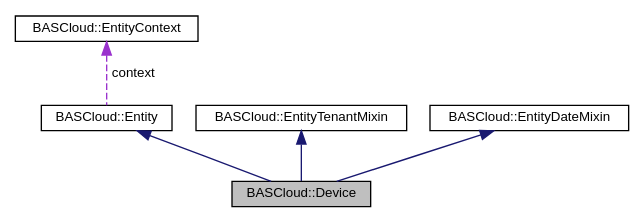
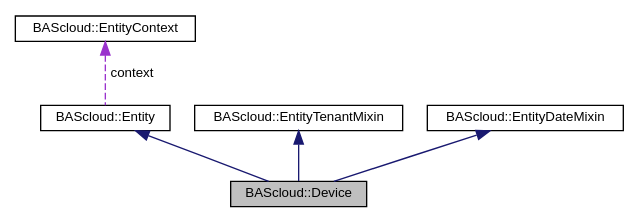
One commit to bascloud/BAScloudAPI changed the diagram in classBASCloud_1_1Device__coll__graph.dot. Above: the diagram before and after it, drawn with Graphviz. The commit also changed 193 other files, not shown here.

```diff
--- a/classBASCloud_1_1Device__coll__graph.dot
+++ b/classBASCloud_1_1Device__coll__graph.dot
@@ -1,15 +1,15 @@
-digraph "BASCloud::Device"
+digraph "BAScloud::Device"
 {
  // LATEX_PDF_SIZE
   edge [fontname="Helvetica",fontsize="10",labelfontname="Helvetica",labelfontsize="10"];
   node [fontname="Helvetica",fontsize="10",shape=record];
-  Node1 [label="BASCloud::Device",height=0.2,width=0.4,color="black", fillcolor="grey75", style="filled", fontcolor="black",tooltip="A device entity represents a sensor or actor in a property/building."];
+  Node1 [label="BAScloud::Device",height=0.2,width=0.4,color="black", fillcolor="grey75", style="filled", fontcolor="black",tooltip="A device entity represents a sensor or actor in a property/building."];
   Node2 -> Node1 [dir="back",color="midnightblue",fontsize="10",style="solid",fontname="Helvetica"];
-  Node2 [label="BASCloud::Entity",height=0.2,width=0.4,color="black", fillcolor="white", style="filled",URL="$classBASCloud_1_1Entity.html",tooltip="Base class modeling a BASCloud entity."];
+  Node2 [label="BAScloud::Entity",height=0.2,width=0.4,color="black", fillcolor="white", style="filled",URL="$classBAScloud_1_1Entity.html",tooltip="Base class modeling a BAScloud entity."];
   Node3 -> Node2 [dir="back",color="darkorchid3",fontsize="10",style="dashed",label=" context" ,fontname="Helvetica"];
-  Node3 [label="BASCloud::EntityContext",height=0.2,width=0.4,color="black", fillcolor="white", style="filled",URL="$classBASCloud_1_1EntityContext.html",tooltip="The EntityContext class provides a high-level abstraction to access the BASCloud API endpoint functio..."];
+  Node3 [label="BAScloud::EntityContext",height=0.2,width=0.4,color="black", fillcolor="white", style="filled",URL="$classBAScloud_1_1EntityContext.html",tooltip="The EntityContext class provides a high-level abstraction to access the BAScloud API endpoint functio..."];
   Node4 -> Node1 [dir="back",color="midnightblue",fontsize="10",style="solid",fontname="Helvetica"];
-  Node4 [label="BASCloud::EntityTenantMixin",height=0.2,width=0.4,color="black", fillcolor="white", style="filled",URL="$classBASCloud_1_1EntityTenantMixin.html",tooltip="Mixin class that adds functionality and attributes to associate a Tenant to a Entity object."];
+  Node4 [label="BAScloud::EntityTenantMixin",height=0.2,width=0.4,color="black", fillcolor="white", style="filled",URL="$classBAScloud_1_1EntityTenantMixin.html",tooltip="Mixin class that adds functionality and attributes to associate a Tenant to a Entity object."];
   Node5 -> Node1 [dir="back",color="midnightblue",fontsize="10",style="solid",fontname="Helvetica"];
-  Node5 [label="BASCloud::EntityDateMixin",height=0.2,width=0.4,color="black", fillcolor="white", style="filled",URL="$classBASCloud_1_1EntityDateMixin.html",tooltip="Mixin class that adds datetime functionality and attributes."];
+  Node5 [label="BAScloud::EntityDateMixin",height=0.2,width=0.4,color="black", fillcolor="white", style="filled",URL="$classBAScloud_1_1EntityDateMixin.html",tooltip="Mixin class that adds datetime functionality and attributes."];
 }
```
